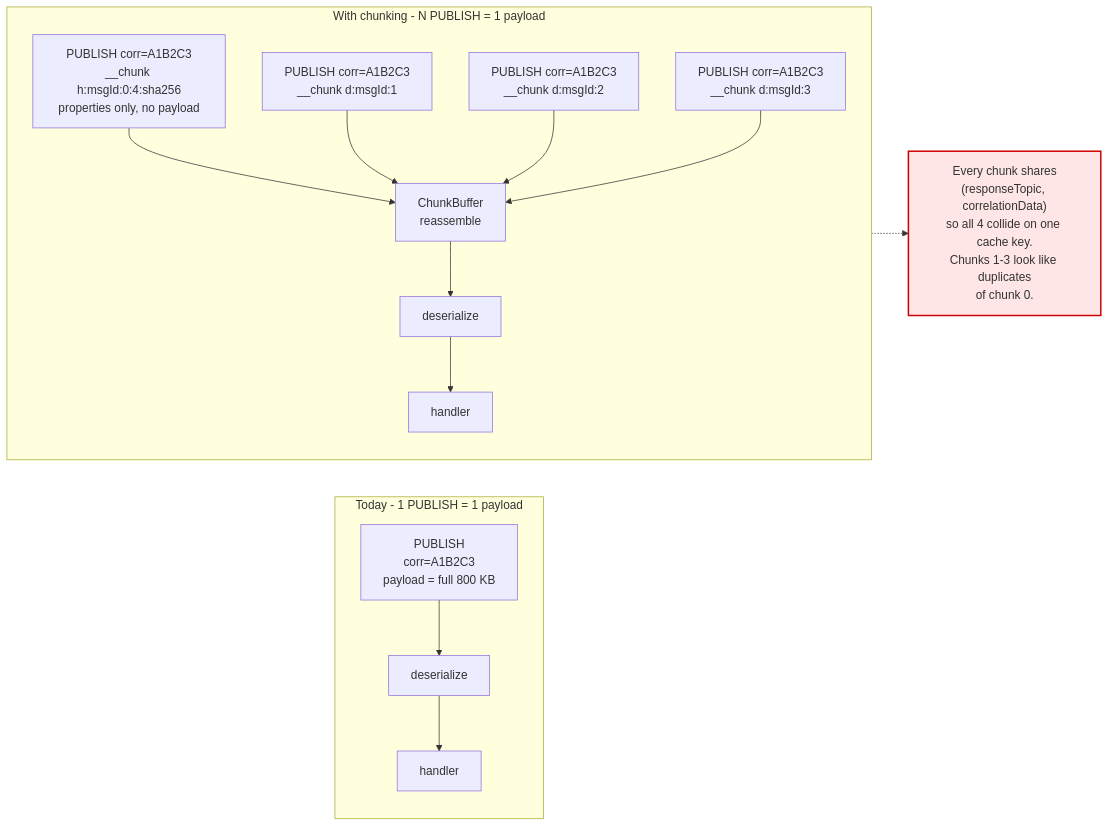
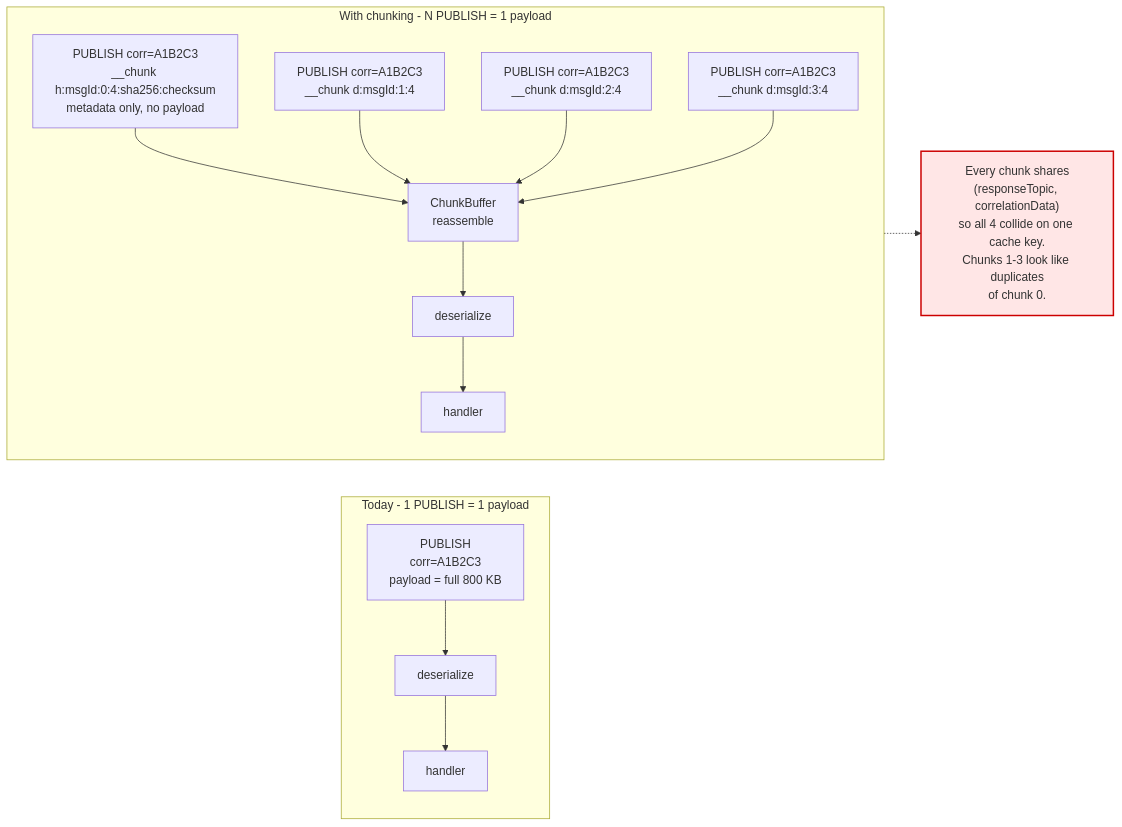
Before and after one commit to Azure/iot-operations-sdks: the second of 8 diagrams in doc/dev/rpc-chunking-working-doc.md, drawn with Mermaid. The commit also changed other lines of this file and 28 other files, not shown here.

````diff
--- a/doc/dev/rpc-chunking-working-doc.md
+++ b/doc/dev/rpc-chunking-working-doc.md
@@ -96,25 +96,25 @@
 ```mermaid
 flowchart LR
     subgraph Today["Today - 1 PUBLISH = 1 payload"]
         direction TB
         T1["PUBLISH<br/>corr=A1B2C3<br/>payload = full 800 KB"] --> T2["deserialize"] --> T3["handler"]
     end
 
     subgraph Chunked["With chunking - N PUBLISH = 1 payload"]
         direction TB
-        C1["PUBLISH corr=A1B2C3<br/>__chunk h:msgId:0:4:sha256<br/>properties only, no payload"]
-        C2["PUBLISH corr=A1B2C3<br/>__chunk d:msgId:1"]
-        C3["PUBLISH corr=A1B2C3<br/>__chunk d:msgId:2"]
-        C4["PUBLISH corr=A1B2C3<br/>__chunk d:msgId:3"]
+        C1["PUBLISH corr=A1B2C3<br/>__chunk h:msgId:0:4:sha256:checksum<br/>metadata only, no payload"]
+        C2["PUBLISH corr=A1B2C3<br/>__chunk d:msgId:1:4"]
+        C3["PUBLISH corr=A1B2C3<br/>__chunk d:msgId:2:4"]
+        C4["PUBLISH corr=A1B2C3<br/>__chunk d:msgId:3:4"]
         C1 --> RB["ChunkBuffer<br/>reassemble"]
         C2 --> RB
         C3 --> RB
         C4 --> RB
         RB --> CD["deserialize"] --> CH["handler"]
     end
 
     Chunked -.-> X["Every chunk shares<br/>(responseTopic, correlationData)<br/>so all 4 collide on one cache key.<br/>Chunks 1-3 look like duplicates<br/>of chunk 0."]
 
     classDef bad fill:#ffe6e6,stroke:#cc0000,stroke-width:2px
     class X bad
 ```
````
